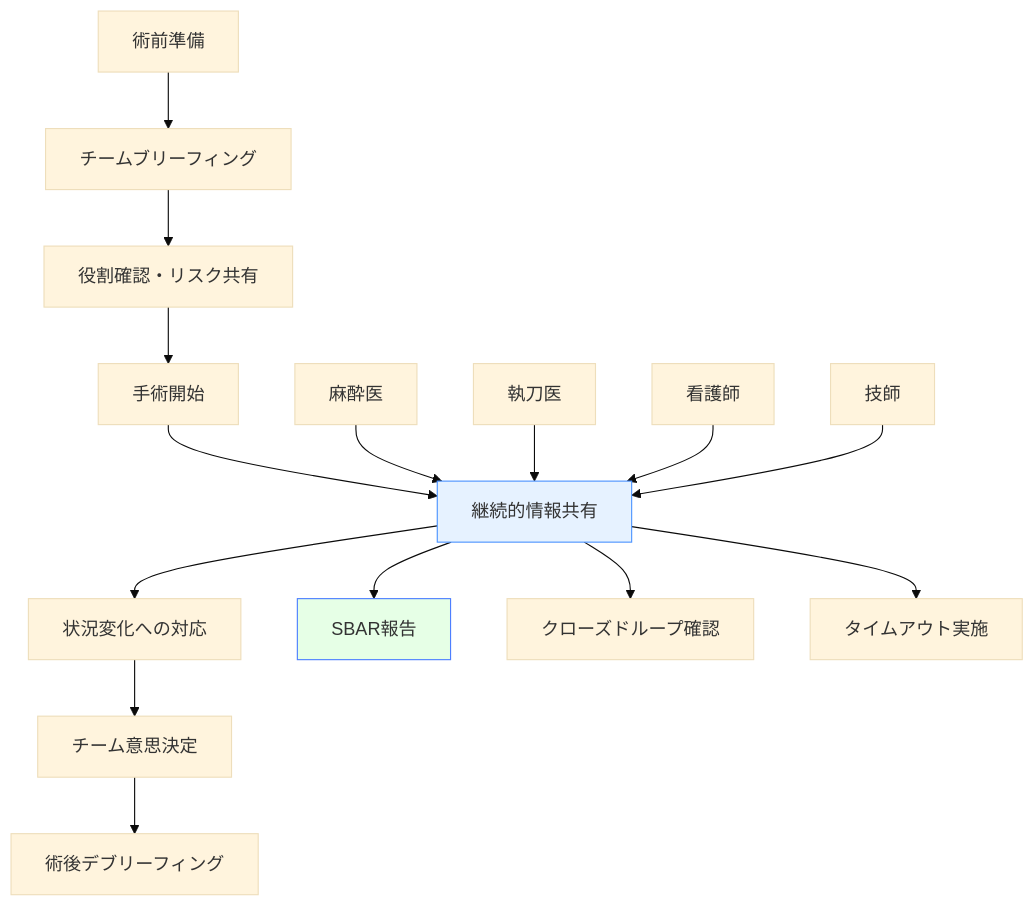
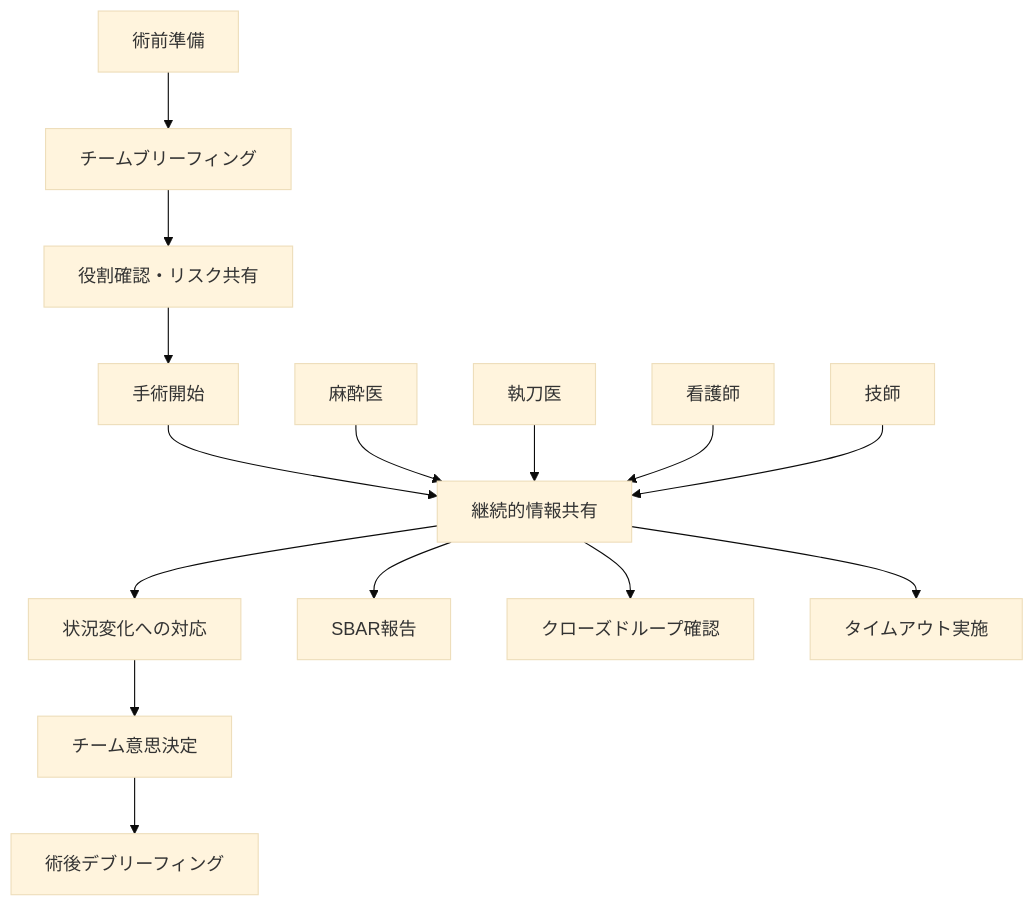
The fourth of 4 diagrams in docs/decision-making-guide/collaborative-sa.md (shuji-bonji/Situational-Awareness-and-Decision-Making), drawn with Mermaid (base theme) before and after one commit. The commit also changed other lines of this file and 49 other files, not shown here.

Commit message:
fix: ダークモードで見づらい図の色の変更

````diff
--- a/docs/decision-making-guide/collaborative-sa.md
+++ b/docs/decision-making-guide/collaborative-sa.md
@@ -909,22 +909,22 @@
 ```mermaid
 graph TD
     A[術前準備] --> B[チームブリーフィング]
     B --> C[役割確認・リスク共有]
     C --> D[手術開始]
     D --> E[継続的情報共有]
     E --> F[状況変化への対応]
     F --> G[チーム意思決定]
     G --> H[術後デブリーフィング]
     
     I[麻酔医] --> E
     J[執刀医] --> E
     K[看護師] --> E
     L[技師] --> E
     
     E --> M[SBAR報告]
     E --> N[クローズドループ確認]
     E --> O[タイムアウト実施]
     
-    style E fill:#e6f2ff,stroke:#4d94ff
-    style M fill:#e6ffe6,stroke:#4d7fff
+
+
 ```
````
